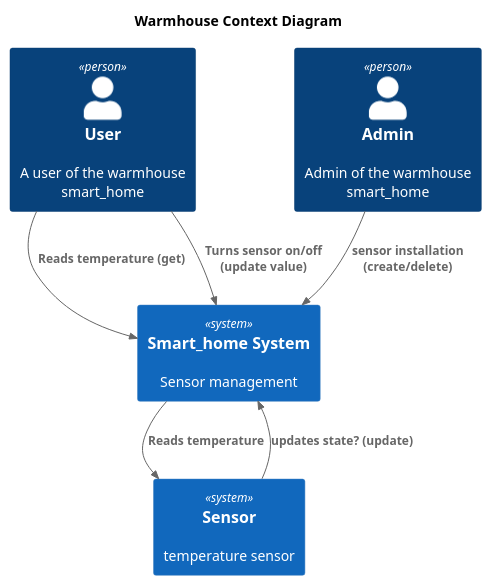
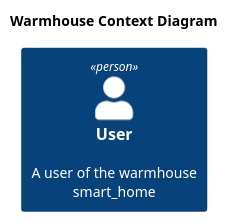
The diagram in schemas/as_is/warmhouse_context_as_is.puml (Upforup/architecture-pro-warmhouse), drawn with PlantUML before and after one commit.

```diff
--- a/schemas/as_is/warmhouse_context_as_is.puml
+++ b/schemas/as_is/warmhouse_context_as_is.puml
@@ -1,21 +1,11 @@
 @startuml Ctx
 title Warmhouse Context Diagram
 
 top to bottom direction
 
 !include https://raw.githubusercontent.com/plantuml-stdlib/C4-PlantUML/master/C4_Context.puml
 
 Person(user, "User", "A user of the warmhouse smart_home")
-Person(admin, "Admin", "Admin of the warmhouse smart_home")
 
-System(smart_home, "Smart_home System", "Sensor management")
-System(sensor, "Sensor", "temperature sensor")
-
-Rel(user, smart_home, "Reads temperature (get)")
-Rel(user, smart_home, "Turns sensor on/off (update value)")
-Rel(admin, smart_home, "sensor installation (create/delete)")
-
-Rel(smart_home,sensor,"Reads temperature")
-Rel(sensor,smart_home,"updates state? (update)")
 
 @enduml
```
